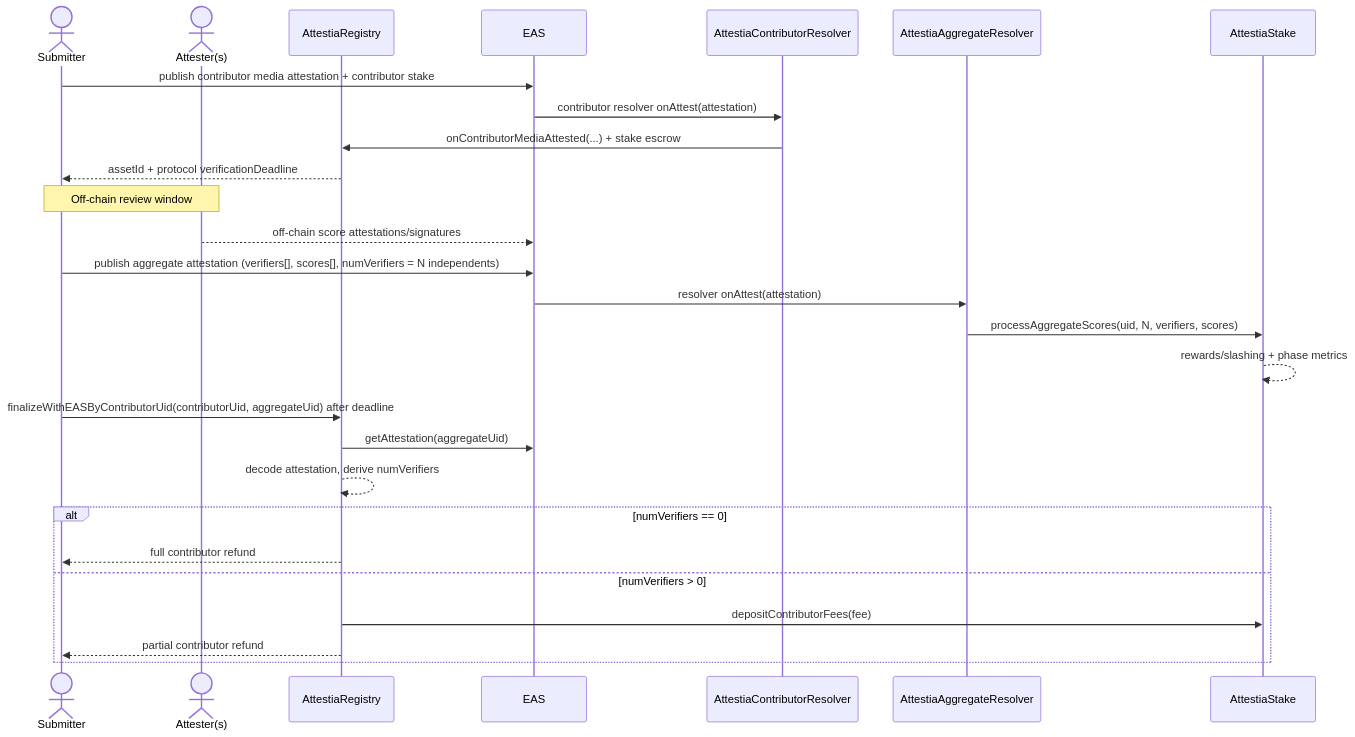
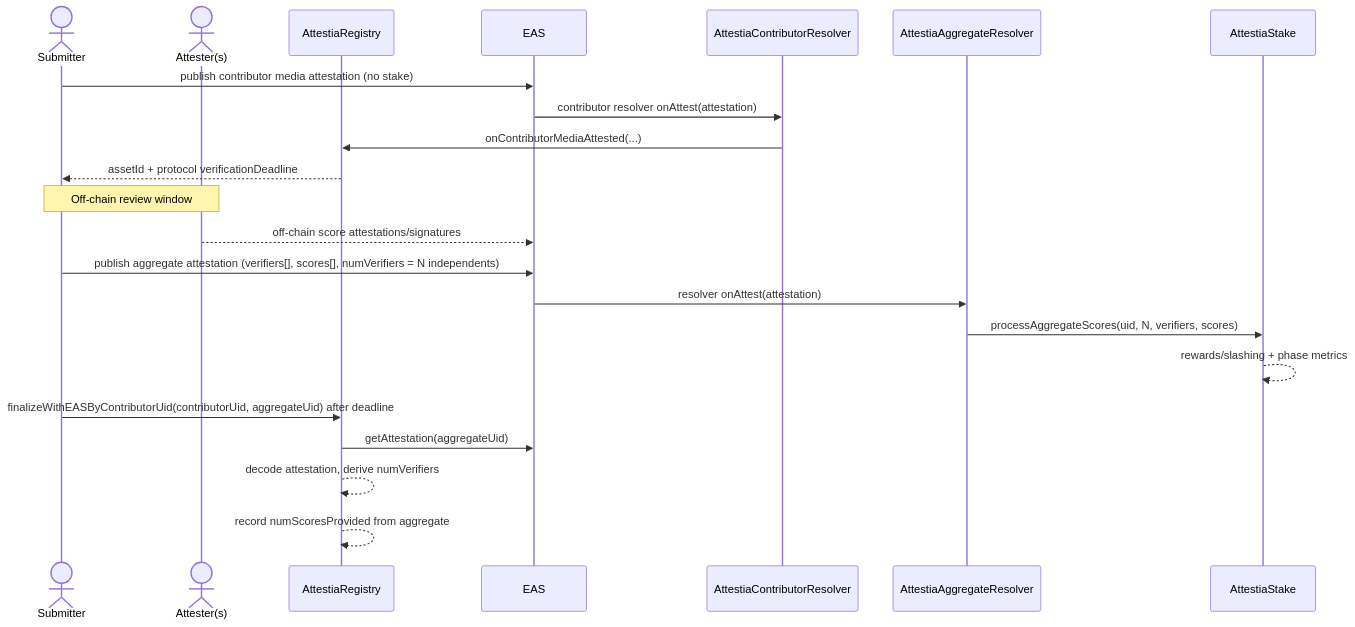
The first of 2 diagrams in README.md (attestiaprotocol/contracts), drawn with Mermaid before and after one commit. The commit also changed other lines of this file and 12 other files, not shown here.

````diff
--- a/README.md
+++ b/README.md
@@ -17,32 +17,27 @@
 ```mermaid
 sequenceDiagram
     actor S as Submitter
     actor A as Attester(s)
     participant R as AttestiaRegistry
     participant E as EAS
     participant C as AttestiaContributorResolver
     participant V as AttestiaAggregateResolver
     participant K as AttestiaStake
 
-    S->>E: publish contributor media attestation + contributor stake
+    S->>E: publish contributor media attestation (no stake)
     E->>C: contributor resolver onAttest(attestation)
-    C->>R: onContributorMediaAttested(...) + stake escrow
+    C->>R: onContributorMediaAttested(...)
     R-->>S: assetId + protocol verificationDeadline
     Note over S,A: Off-chain review window
     A-->>E: off-chain score attestations/signatures
 
     S->>E: publish aggregate attestation (verifiers[], scores[], numVerifiers = N independents)
     E->>V: resolver onAttest(attestation)
     V->>K: processAggregateScores(uid, N, verifiers, scores)
     K-->>K: rewards/slashing + phase metrics
 
     S->>R: finalizeWithEASByContributorUid(contributorUid, aggregateUid) after deadline
     R->>E: getAttestation(aggregateUid)
     R-->>R: decode attestation, derive numVerifiers
-    alt numVerifiers == 0
-      R-->>S: full contributor refund
-    else numVerifiers > 0
-      R->>K: depositContributorFees(fee)
-      R-->>S: partial contributor refund
-    end
+    R-->>R: record numScoresProvided from aggregate
 ```
````
